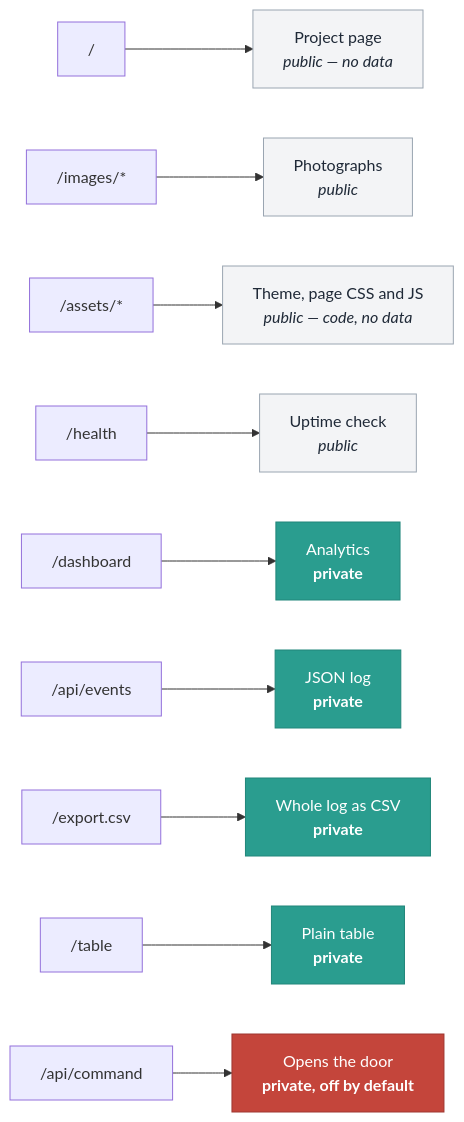
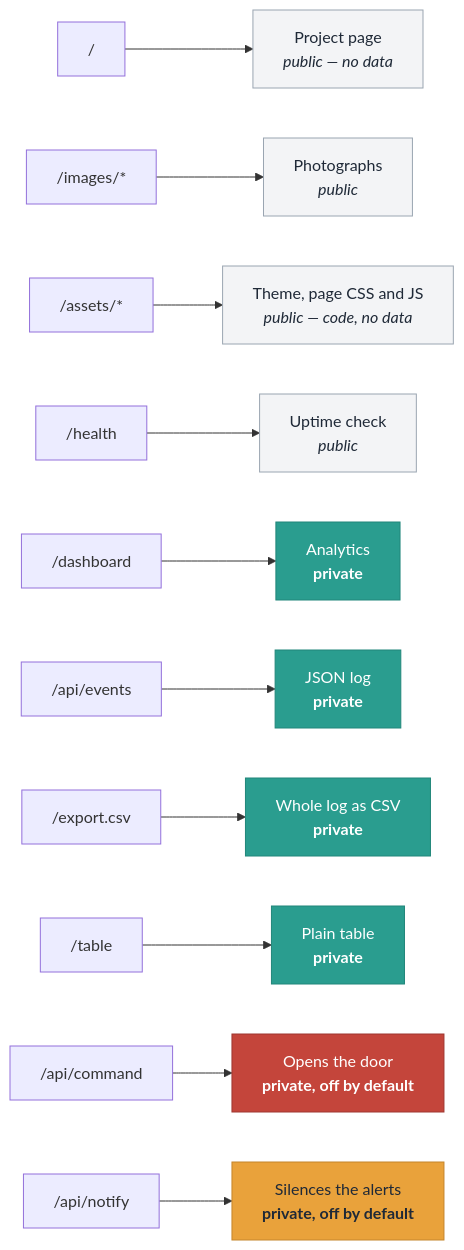
One commit to jchirayath/PetDoor changed the third of 3 diagrams in docs/WEB-DASHBOARD.md. Above: the diagram before and after it, drawn with Mermaid. The commit also changed other lines of this file and 7 other files, not shown here.

````diff
--- a/docs/WEB-DASHBOARD.md
+++ b/docs/WEB-DASHBOARD.md
@@ -169,22 +169,24 @@
 ```mermaid
 flowchart LR
     P["/"] --> PD["Project page<br/><i>public — no data</i>"]
     I["/images/*"] --> ID["Photographs<br/><i>public</i>"]
     S["/assets/*"] --> SD["Theme, page CSS and JS<br/><i>public — code, no data</i>"]
     H["/health"] --> HD["Uptime check<br/><i>public</i>"]
     R["/dashboard"] --> RD["Analytics<br/><b>private</b>"]
     A["/api/events"] --> AD["JSON log<br/><b>private</b>"]
     C["/export.csv"] --> CD["Whole log as CSV<br/><b>private</b>"]
     T["/table"] --> TD["Plain table<br/><b>private</b>"]
     M["/api/command"] --> MD["Opens the door<br/><b>private, off by default</b>"]
+    N["/api/notify"] --> ND["Silences the alerts<br/><b>private, off by default</b>"]
 
     style PD fill:#f3f4f6,stroke:#9AA5B1,color:#1f2937
     style ID fill:#f3f4f6,stroke:#9AA5B1,color:#1f2937
     style SD fill:#f3f4f6,stroke:#9AA5B1,color:#1f2937
     style HD fill:#f3f4f6,stroke:#9AA5B1,color:#1f2937
     style RD fill:#2A9D8F,stroke:#21867A,color:#ffffff
     style AD fill:#2A9D8F,stroke:#21867A,color:#ffffff
     style CD fill:#2A9D8F,stroke:#21867A,color:#ffffff
     style TD fill:#2A9D8F,stroke:#21867A,color:#ffffff
     style MD fill:#C4453B,stroke:#9E3730,color:#ffffff
+    style ND fill:#E9A23B,stroke:#C4852C,color:#1f2937
 ```
````
